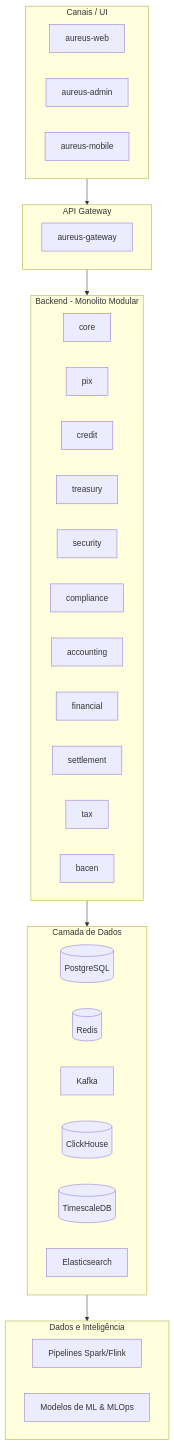
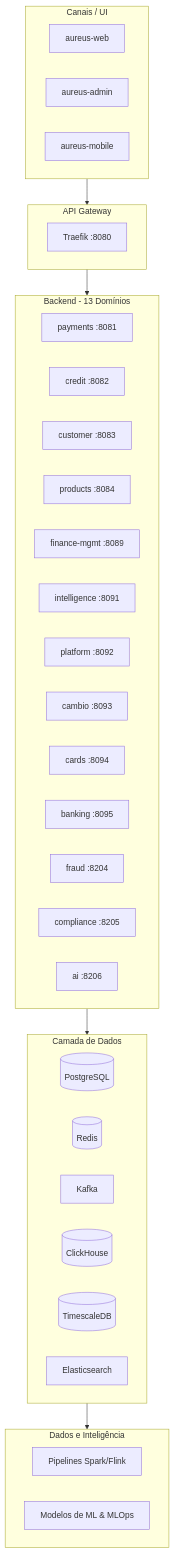
Before and after one commit to aurix-core-banking/aurix-docs: the diagram in 01-business/big-picture.md, drawn with Mermaid. The commit also changed other lines of this file and 1 other file, not shown here.

Commit message:
docs: update all architecture docs to reflect 13 svc-* services

````diff
--- a/01-business/big-picture.md
+++ b/01-business/big-picture.md
@@ -34,45 +34,47 @@
 ```mermaid
 flowchart TB
   subgraph Canais["Canais / UI"]
     Web[aureus-web]
     Admin[aureus-admin]
     Mobile[aureus-mobile]
   end
 
   subgraph Gateway["API Gateway"]
-    GW[aureus-gateway]
+    GW[Traefik :8080]
   end
 
-  subgraph Backend["Backend - Monolito Modular"]
-    Core[core]
-    Pix[pix]
-    Credit[credit]
-    Treasury[treasury]
-    Security[security]
-    Compliance[compliance]
-    Accounting[accounting]
-    Financial[financial]
-    Settlement[settlement]
-    Tax[tax]
-    Bacen[bacen]
+  subgraph Backend["Backend - 13 Domínios"]
+    PAY[payments :8081]
+    CRD[credit :8082]
+    CUS[customer :8083]
+    PRD[products :8084]
+    FIN[finance-mgmt :8089]
+    INT[intelligence :8091]
+    PLT[platform :8092]
+    CAM[cambio :8093]
+    CRD2[cards :8094]
+    BNK[banking :8095]
+    FRD[fraud :8204]
+    CMP[compliance :8205]
+    AI[ai :8206]
   end
 
   subgraph DataLayer["Camada de Dados"]
     PG[(PostgreSQL)]
     Redis[(Redis)]
     Kafka[Kafka]
     CH[(ClickHouse)]
     TS[(TimescaleDB)]
     ES[Elasticsearch]
   end
 
   subgraph Pipelines["Dados e Inteligência"]
     DP[Pipelines Spark/Flink]
     ML[Modelos de ML & MLOps]
   end
 
   Canais --> Gateway
   Gateway --> Backend
   Backend --> DataLayer
   DataLayer --> Pipelines
 ```
````
